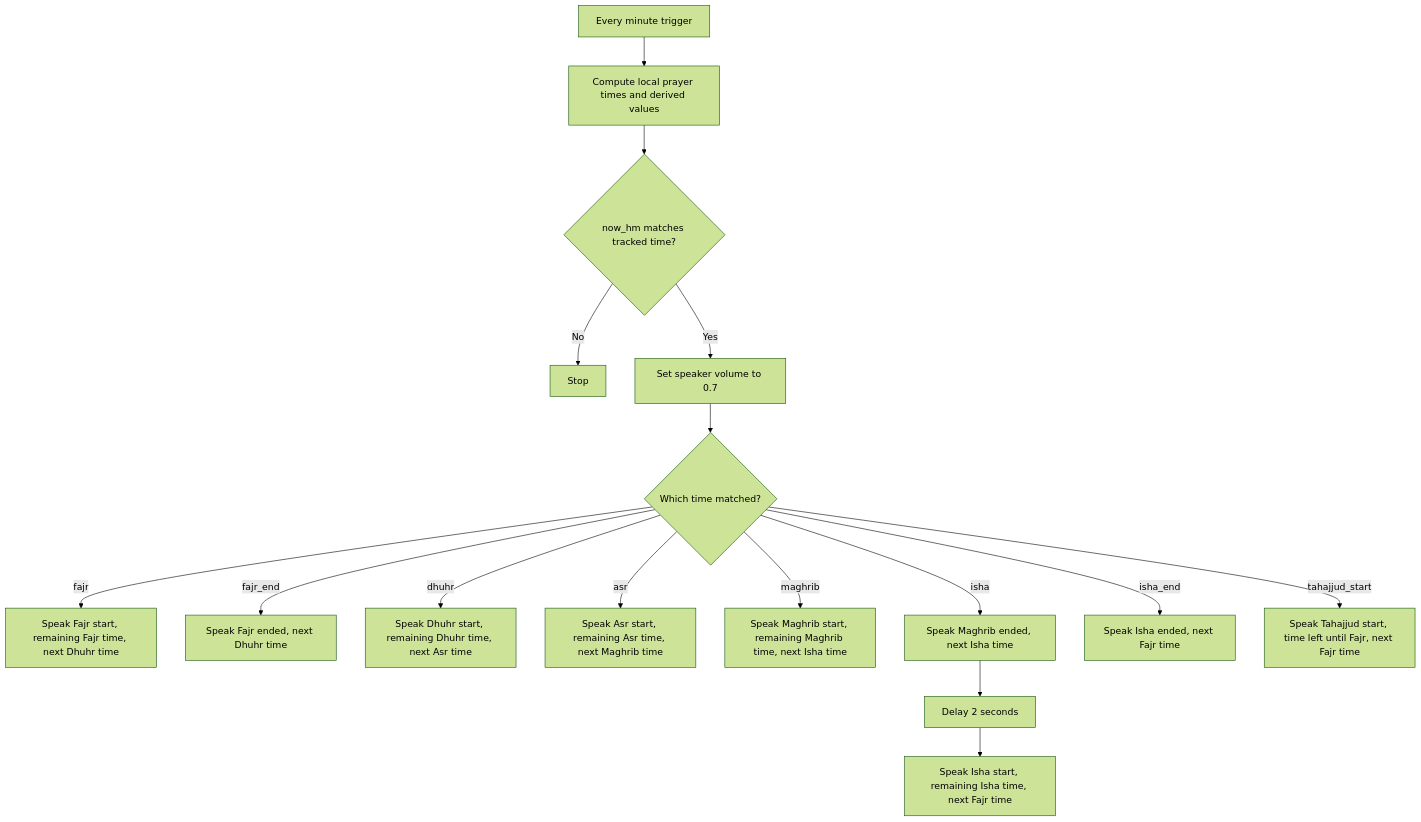
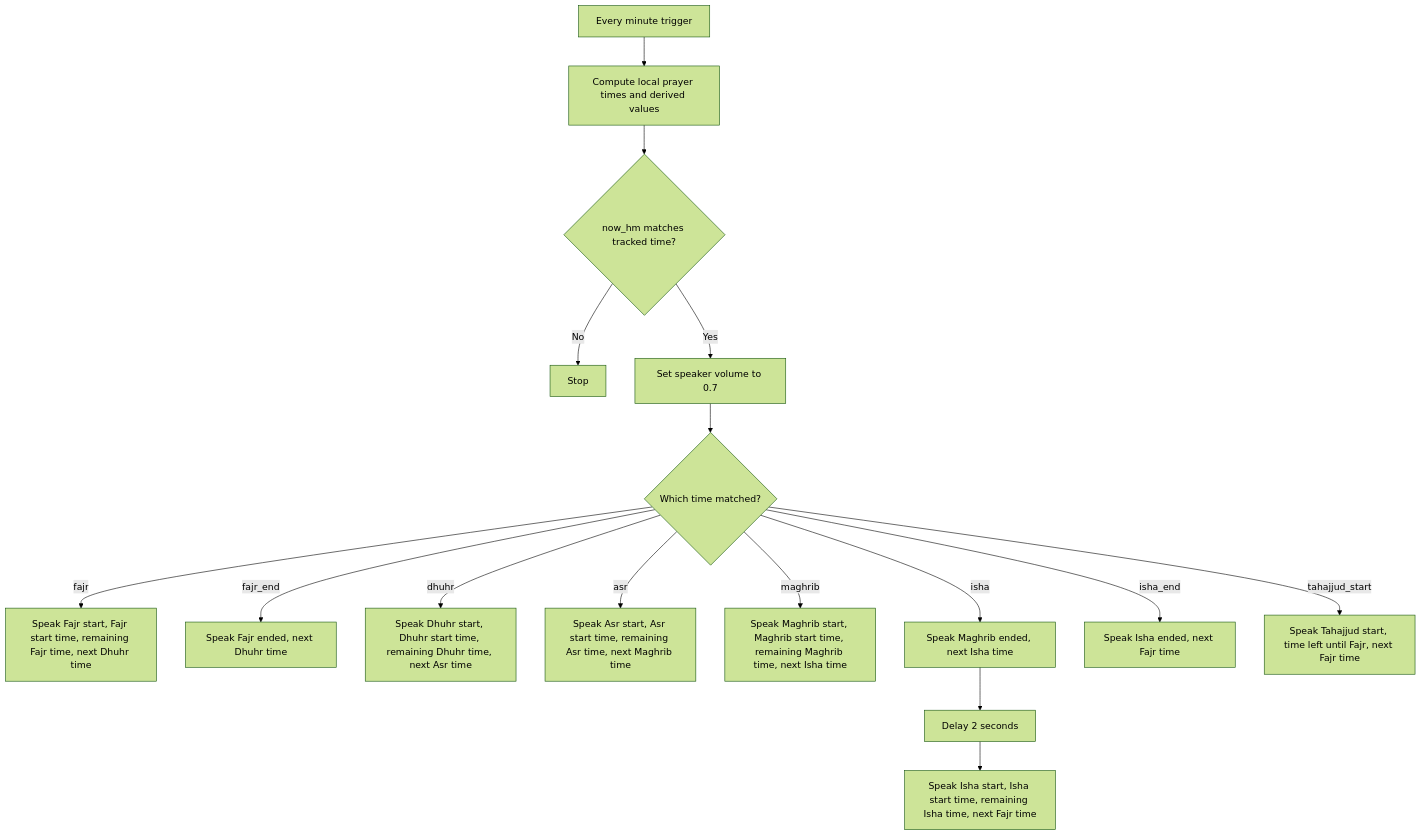
Before and after one commit to kashif-khan/homelab: the diagram in homeassistant/Automation_scripts/Namaz_announcements.md, drawn with Mermaid (forest theme). The commit also changed other lines of this file and 1 other file, not shown here.

Commit message:
Enhance Namaz announcements to include exact start times for Fajr, Dhuhr, Asr, Maghrib, and Isha in spoken messages

````diff
--- a/homeassistant/Automation_scripts/Namaz_announcements.md
+++ b/homeassistant/Automation_scripts/Namaz_announcements.md
@@ -71,19 +77,19 @@
 ```mermaid
 flowchart TD
     A[Every minute trigger] --> B[Compute local prayer times and derived values]
     B --> C{now_hm matches tracked time?}
     C -- No --> Z[Stop]
     C -- Yes --> D[Set speaker volume to 0.7]
     D --> E{Which time matched?}
 
-    E -->|fajr| F[Speak Fajr start, remaining Fajr time, next Dhuhr time]
+    E -->|fajr| F[Speak Fajr start, Fajr start time, remaining Fajr time, next Dhuhr time]
     E -->|fajr_end| G[Speak Fajr ended, next Dhuhr time]
-    E -->|dhuhr| H[Speak Dhuhr start, remaining Dhuhr time, next Asr time]
-    E -->|asr| I[Speak Asr start, remaining Asr time, next Maghrib time]
-    E -->|maghrib| J[Speak Maghrib start, remaining Maghrib time, next Isha time]
+    E -->|dhuhr| H[Speak Dhuhr start, Dhuhr start time, remaining Dhuhr time, next Asr time]
+    E -->|asr| I[Speak Asr start, Asr start time, remaining Asr time, next Maghrib time]
+    E -->|maghrib| J[Speak Maghrib start, Maghrib start time, remaining Maghrib time, next Isha time]
     E -->|isha| K[Speak Maghrib ended, next Isha time]
     K --> L[Delay 2 seconds]
-    L --> M[Speak Isha start, remaining Isha time, next Fajr time]
+    L --> M[Speak Isha start, Isha start time, remaining Isha time, next Fajr time]
     E -->|isha_end| N[Speak Isha ended, next Fajr time]
     E -->|tahajjud_start| O[Speak Tahajjud start, time left until Fajr, next Fajr time]
 ```
````
